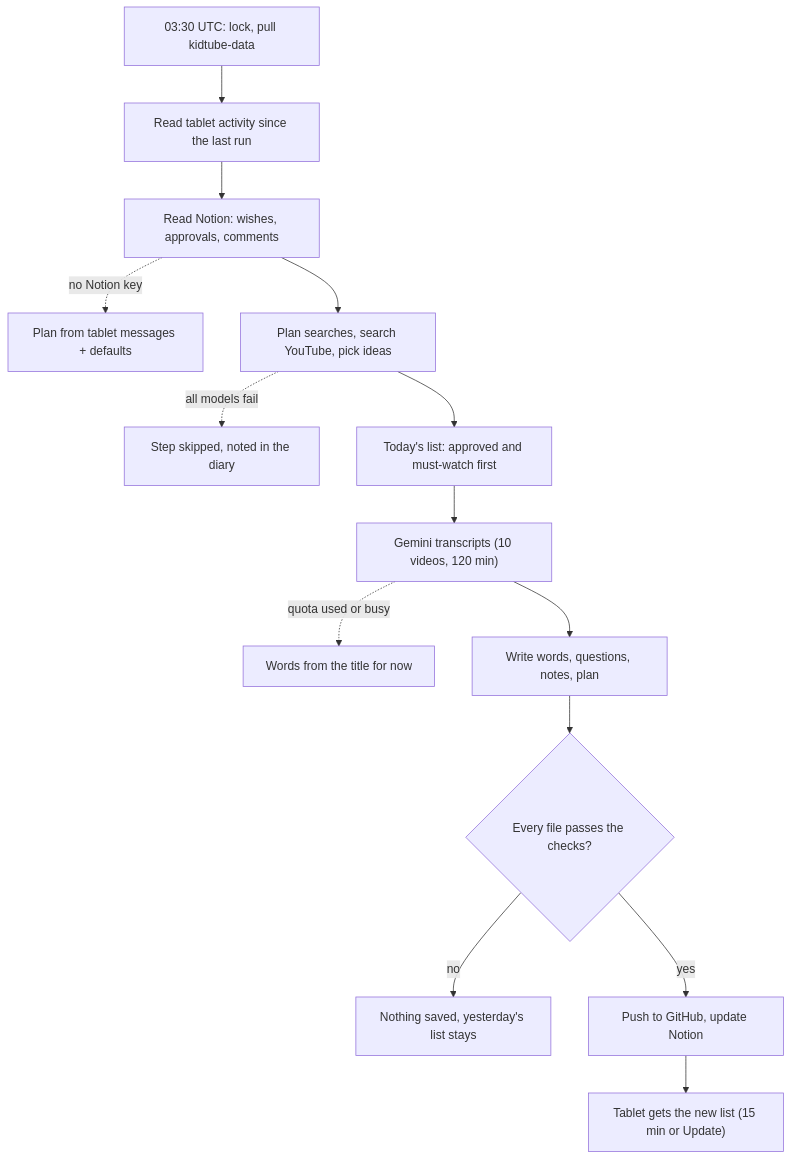
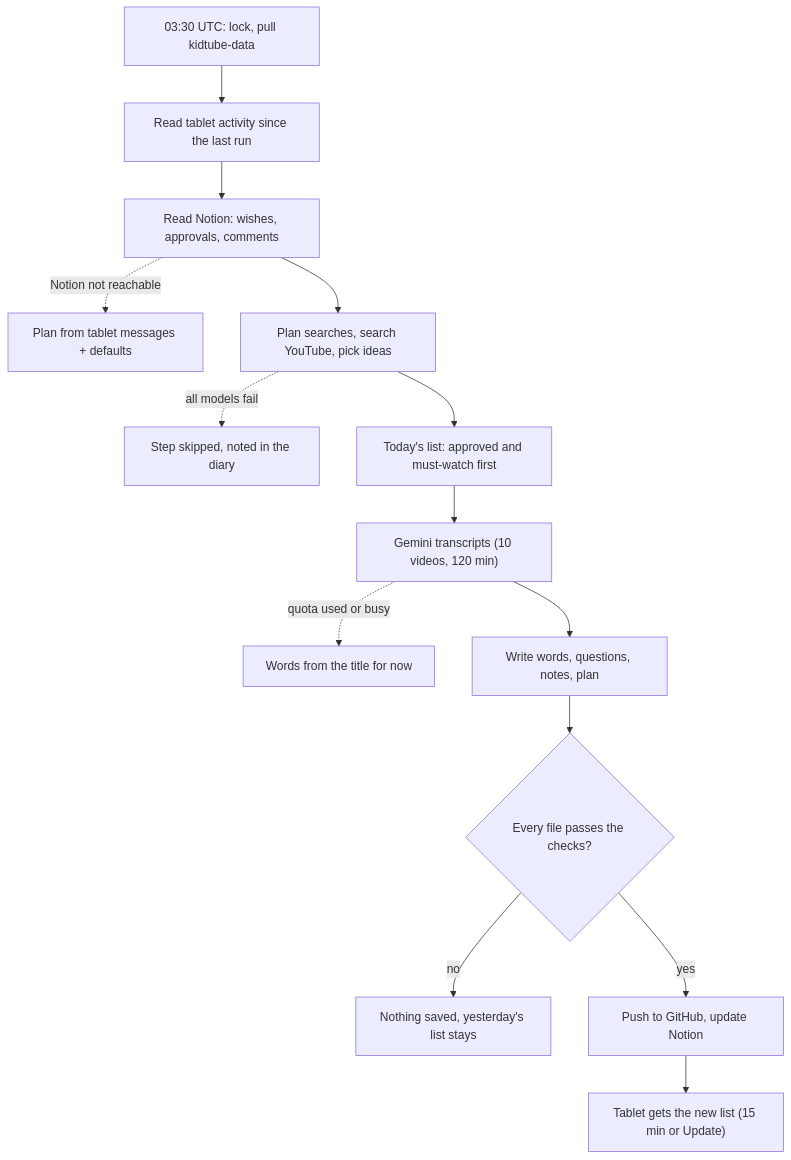
Before and after one commit to andyvauliln/kidtube: the diagram in docs/HOW-IT-WORKS.md, drawn with Mermaid. The commit also changed other lines of this file and 2 other files, not shown here.

````diff
--- a/docs/HOW-IT-WORKS.md
+++ b/docs/HOW-IT-WORKS.md
@@ -91,16 +102,16 @@
 ```mermaid
 flowchart TD
   A["03:30 UTC: lock, pull kidtube-data"] --> B["Read tablet activity since the last run"]
   B --> C["Read Notion: wishes, approvals, comments"]
-  C -. "no Notion key" .-> C2["Plan from tablet messages + defaults"]
+  C -. "Notion not reachable" .-> C2["Plan from tablet messages + defaults"]
   C --> D["Plan searches, search YouTube, pick ideas"]
   D -. "all models fail" .-> D2["Step skipped, noted in the diary"]
   D --> E["Today's list: approved and must-watch first"]
   E --> F["Gemini transcripts (10 videos, 120 min)"]
   F -. "quota used or busy" .-> F2["Words from the title for now"]
   F --> G["Write words, questions, notes, plan"]
   G --> H{"Every file passes the checks?"}
   H -- no --> H2["Nothing saved, yesterday's list stays"]
   H -- yes --> I["Push to GitHub, update Notion"]
   I --> J["Tablet gets the new list (15 min or Update)"]
 ```
````
